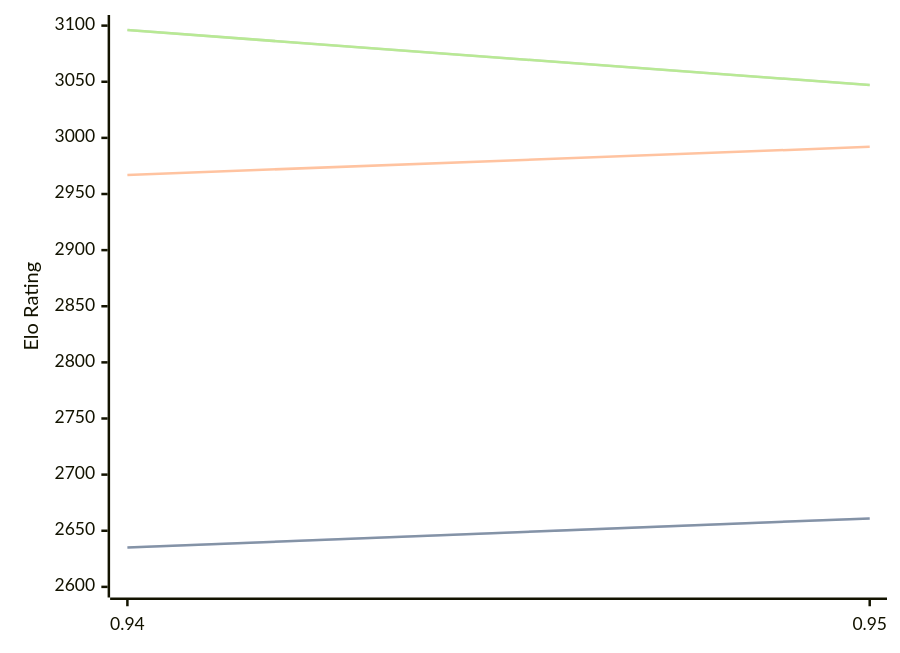
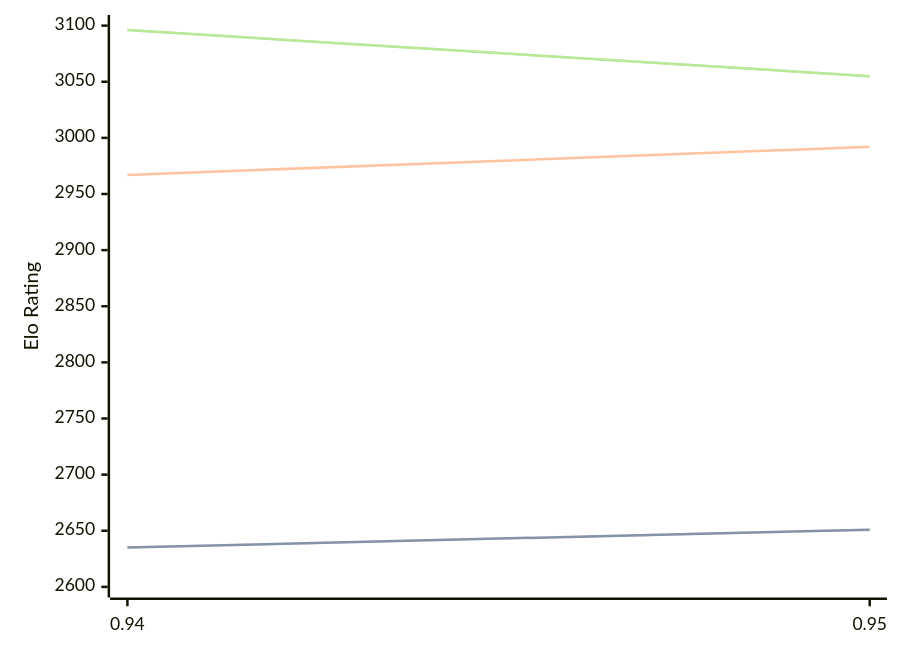
One commit to computer-chess-index/cci changed the diagram in engines/Myrddin.md. Above: the diagram before and after it, drawn with Mermaid. The commit also changed other lines of this file, not shown here.

Commit message:
Update CCI Ratings (ELO VLTC) - 2026-04-24

````diff
--- a/engines/Myrddin.md
+++ b/engines/Myrddin.md
@@ -37,11 +37,11 @@
 ```mermaid
 %%{init: {"theme":"base","themeVariables":{"seriesColors:['#a3a3a3','#222221','#faa371']}}}%%
 xychart-beta
   x-axis ["0.94", "0.95"]
   y-axis "Elo Rating" 2600 --> 3100
-  line "STC (8.0+0.08s)" [2635, 2661]
-  line "STC (8.0+0.08s)" [2635, 2661]
+  line "STC (8.0+0.08s)" [2635, 2651]
+  line "STC (8.0+0.08s)" [2635, 2651]
   line "LTC (60.0+0.60s)" [2967, 2992]
-  line "VLTC (2m24s+1.12s)" [3096, 3047]
-  line "VLTC (2m24s+1.12s)" [3096, 3047]
+  line "VLTC (2m24s+1.12s)" [3096, 3055]
+  line "VLTC (2m24s+1.12s)" [3096, 3055]
 ```
````
